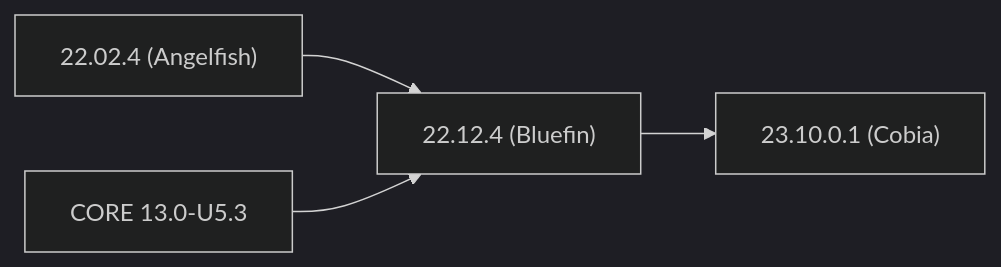
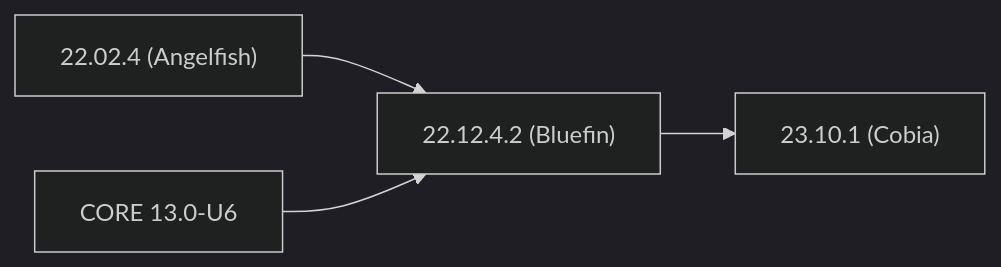
Before and after one commit to truenas/documentation: the first of 2 diagrams in content/GettingStarted/SCALEReleaseNotes.md, drawn with Mermaid (dark theme). The commit also changed other lines of this file and 1 other file, not shown here.

Commit message:
PD-713: Add known issue + 1 fix
incidental fix for mermaid chart sizing

````diff
--- a/content/GettingStarted/SCALEReleaseNotes.md
+++ b/content/GettingStarted/SCALEReleaseNotes.md
@@ -122,8 +122,8 @@
-```mermaid
+{{< mermaid class="mermaid_sizing" >}}
 flowchart LR
 
 A["22.02.4 (Angelfish)"] --> C
-B[CORE 13.0-U5.3] --> C
-C["22.12.4 (Bluefin)"] --> D
-D["23.10.0.1 (Cobia)"]
-```
+B[CORE 13.0-U6] --> C
+C["22.12.4.2 (Bluefin)"] --> D
+D["23.10.1 (Cobia)"]
+{{< /mermaid >}}
````
